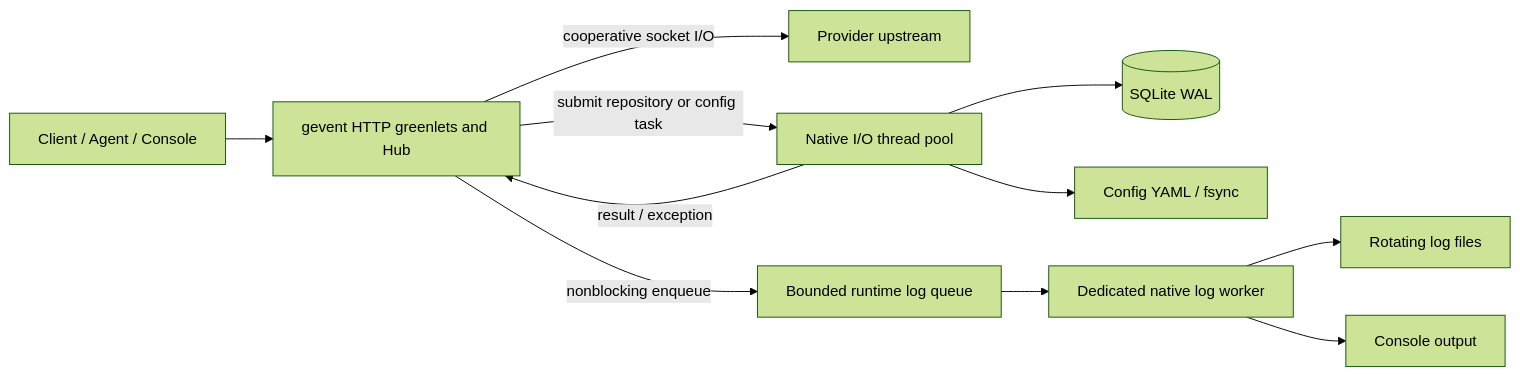
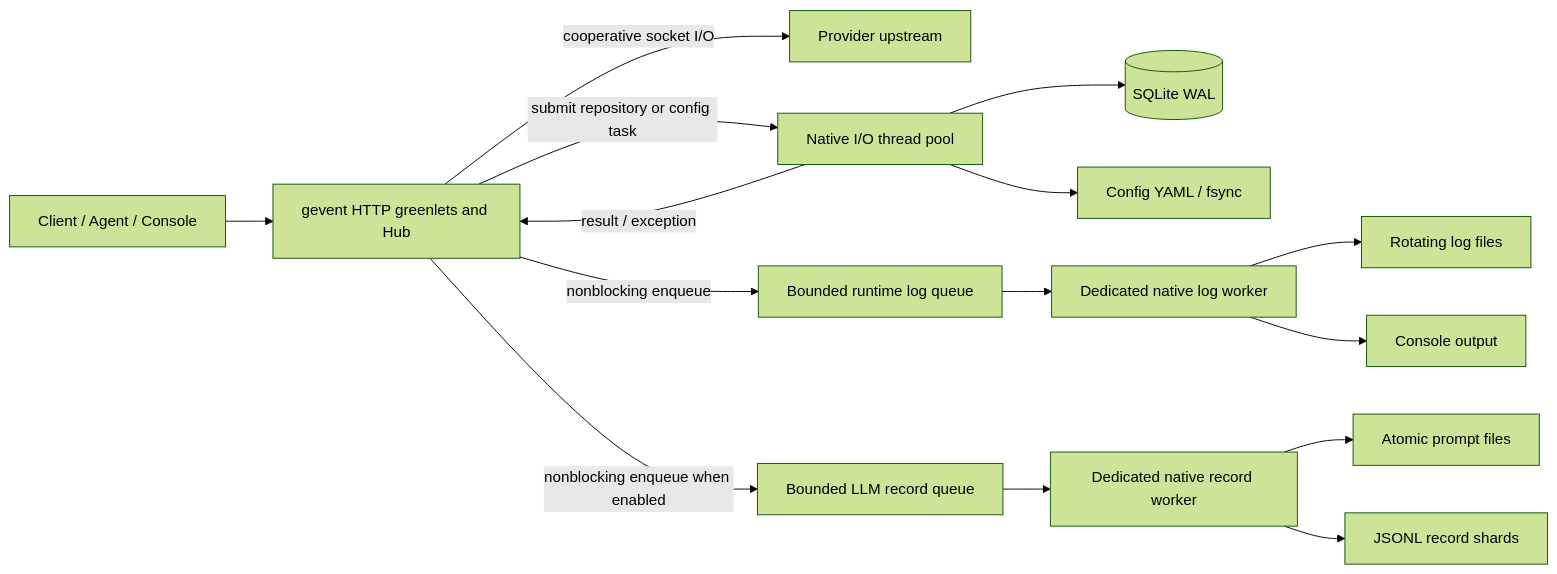
Before and after one commit to VonSdite/LLM_Proxy: the fifth of 14 diagrams in docs/architecture-4plus1.md, drawn with Mermaid (forest theme). The commit also changed other lines of this file and 70 other files, not shown here.

````diff
--- a/docs/architecture-4plus1.md
+++ b/docs/architecture-4plus1.md
@@ -1176,13 +1233,17 @@
 ```mermaid
 flowchart LR
     Client[Client / Agent / Console] --> Hub[gevent HTTP greenlets and Hub]
     Hub -->|cooperative socket I/O| Upstream[Provider upstream]
     Hub -->|submit repository or config task| Workers[Native I/O thread pool]
     Workers --> DB[(SQLite WAL)]
     Workers --> YAML[Config YAML / fsync]
     Workers -->|result / exception| Hub
     Hub -->|nonblocking enqueue| Queue[Bounded runtime log queue]
     Queue --> Logger[Dedicated native log worker]
     Logger --> Files[Rotating log files]
     Logger --> Console[Console output]
+    Hub -->|nonblocking enqueue when enabled| RecordQueue[Bounded LLM record queue]
+    RecordQueue --> RecordWriter[Dedicated native record worker]
+    RecordWriter --> PromptFiles[Atomic prompt files]
+    RecordWriter --> RecordFiles[JSONL record shards]
 ```
````
